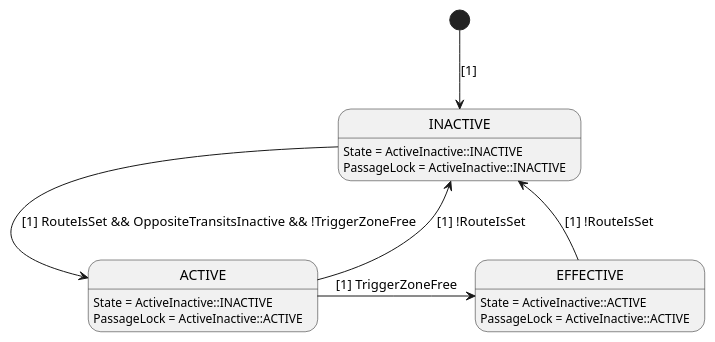
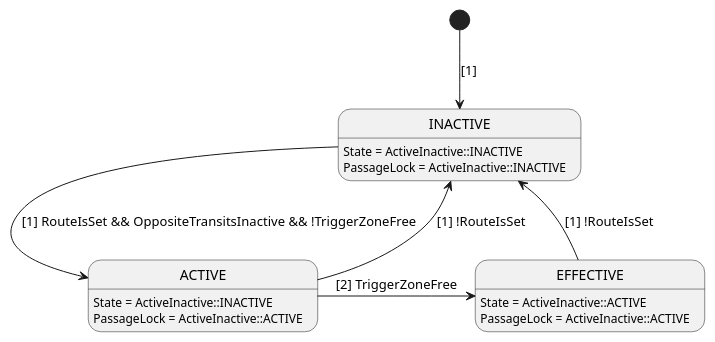
The diagram in locking_table_interlocking/generic_application/graphs/route_automatic_release.puml (osmhpi/interlocking), drawn with PlantUML before and after one commit.

Commit message:
Fix duplicate priority

```diff
--- a/locking_table_interlocking/generic_application/graphs/route_automatic_release.puml
+++ b/locking_table_interlocking/generic_application/graphs/route_automatic_release.puml
@@ -1,17 +1,17 @@
 @startuml RouteAutomaticRelease
 
 [*] --> INACTIVE: [1]
 
 INACTIVE --> ACTIVE: [1] RouteIsSet && OppositeTransitsInactive && !TriggerZoneFree
 ACTIVE --> INACTIVE: [1] !RouteIsSet
-ACTIVE -right-> EFFECTIVE: [1] TriggerZoneFree
+ACTIVE -right-> EFFECTIVE: [2] TriggerZoneFree
 EFFECTIVE -up-> INACTIVE: [1] !RouteIsSet
 
 INACTIVE: State = ActiveInactive::INACTIVE
 INACTIVE: PassageLock = ActiveInactive::INACTIVE
 ACTIVE: State = ActiveInactive::INACTIVE
 ACTIVE: PassageLock = ActiveInactive::ACTIVE
 EFFECTIVE: State = ActiveInactive::ACTIVE
 EFFECTIVE: PassageLock = ActiveInactive::ACTIVE
 
 @enduml
```
